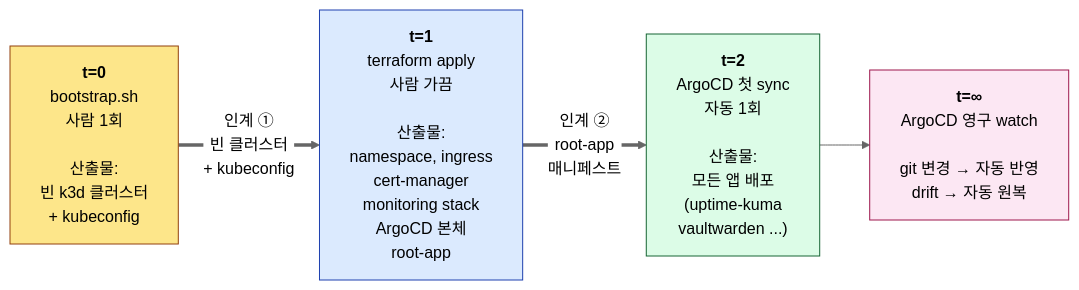
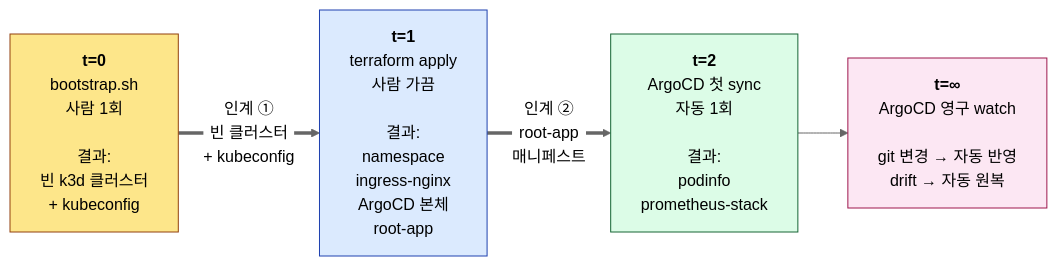
The eighth of 14 diagrams in _wiki/homelab.md (currenjin/currenjin.github.io), drawn with Mermaid (neutral theme) before and after one commit. The commit also changed other lines of this file, not shown here.

Commit message:
docs: humanize and sync homelab wiki

````diff
--- a/_wiki/homelab.md
+++ b/_wiki/homelab.md
@@ -345,20 +343,20 @@
 ```mermaid
 flowchart LR
-  T0["<b>t=0</b><br/>bootstrap.sh<br/>사람 1회<br/><br/>산출물:<br/>빈 k3d 클러스터<br/>+ kubeconfig"]
-  T1["<b>t=1</b><br/>terraform apply<br/>사람 가끔<br/><br/>산출물:<br/>namespace, ingress<br/>cert-manager<br/>monitoring stack<br/>ArgoCD 본체<br/>root-app"]
-  T2["<b>t=2</b><br/>ArgoCD 첫 sync<br/>자동 1회<br/><br/>산출물:<br/>모든 앱 배포<br/>(uptime-kuma<br/>vaultwarden ...)"]
+  T0["<b>t=0</b><br/>bootstrap.sh<br/>사람 1회<br/><br/>결과:<br/>빈 k3d 클러스터<br/>+ kubeconfig"]
+  T1["<b>t=1</b><br/>terraform apply<br/>사람 가끔<br/><br/>결과:<br/>namespace<br/>ingress-nginx<br/>ArgoCD 본체<br/>root-app"]
+  T2["<b>t=2</b><br/>ArgoCD 첫 sync<br/>자동 1회<br/><br/>결과:<br/>podinfo<br/>prometheus-stack"]
   Tinf["<b>t=∞</b><br/>ArgoCD 영구 watch<br/><br/>git 변경 → 자동 반영<br/>drift → 자동 원복"]
 
   T0 == "인계 ①<br/>빈 클러스터<br/>+ kubeconfig" ==> T1
   T1 == "인계 ②<br/>root-app<br/>매니페스트" ==> T2
   T2 --> Tinf
 
   classDef once fill:#fde68a,stroke:#92400e,color:#000
   classDef occasional fill:#dbeafe,stroke:#1e40af,color:#000
   classDef auto fill:#dcfce7,stroke:#166534,color:#000
   classDef forever fill:#fce7f3,stroke:#9d174d,color:#000
   class T0 once
   class T1 occasional
   class T2 auto
   class Tinf forever
 ```
````
